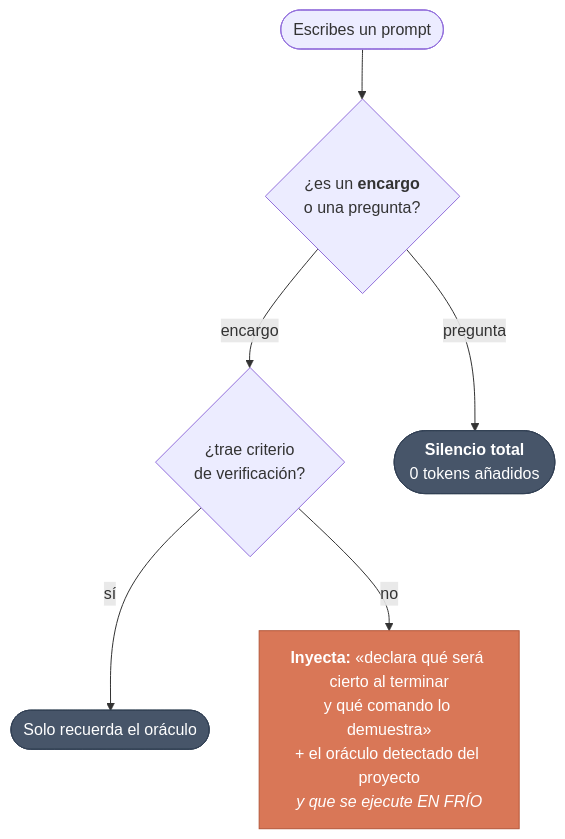
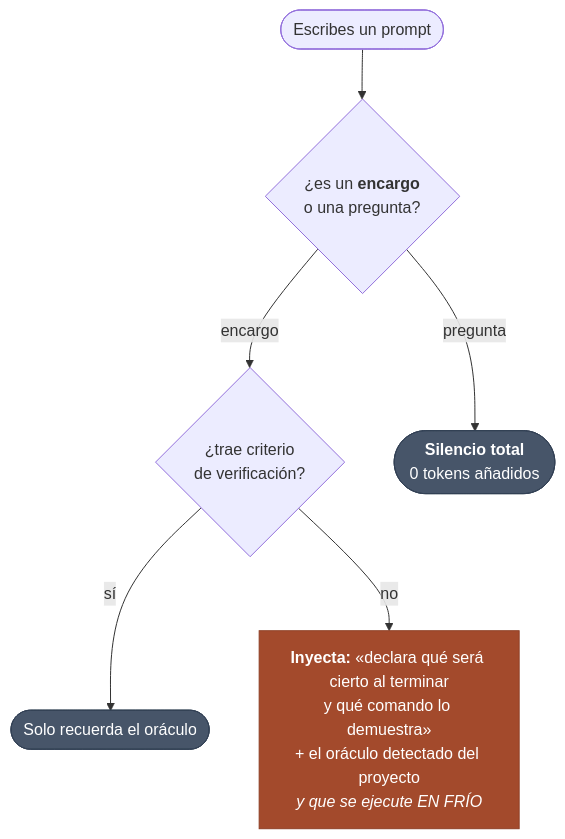
Before and after one commit to manuelcozar55/setup-claude-code: the second of 3 diagrams in README.md, drawn with Mermaid. The commit also changed other lines of this file and 1 other file, not shown here.

First paragraph of the commit message:
docs: dos colores no llegaban a AA, y el sensor ahora MIDE el contraste
Corrijo primero una cifra falsa que escribi en el mensaje de 7adaf1c: dije que
la etiqueta de flecha mas larga bajaba "de 27 a 21 caracteres" y la medicion
real es 33. No enmiendo un commit publicado; lo digo aqui.

````diff
--- a/README.md
+++ b/README.md
@@ -79,20 +79,20 @@
 ```mermaid
 flowchart TB
     P(["Escribes un prompt"])
     Q1{"¿es un <b>encargo</b><br/>o una pregunta?"}
     Q2{"¿trae criterio<br/>de verificación?"}
     SIL(["<b>Silencio total</b><br/>0 tokens añadidos"])
     REC(["Solo recuerda el oráculo"])
     INJ["<b>Inyecta:</b> «declara qué será cierto al terminar<br/>y qué comando lo demuestra»<br/>+ el oráculo detectado del proyecto<br/><i>y que se ejecute EN FRÍO</i>"]
 
     P --> Q1
     Q1 -->|"pregunta"| SIL
     Q1 -->|"encargo"| Q2
     Q2 -->|"sí"| REC
     Q2 -->|"no"| INJ
 
     classDef calla fill:#475569,stroke:#334155,color:#FFFFFF
-    classDef actua fill:#D97757,stroke:#B4573A,color:#FFFFFF
+    classDef actua fill:#A34A2C,stroke:#8F4026,color:#FFFFFF
     class SIL,REC calla
     class INJ actua
 ```
````
